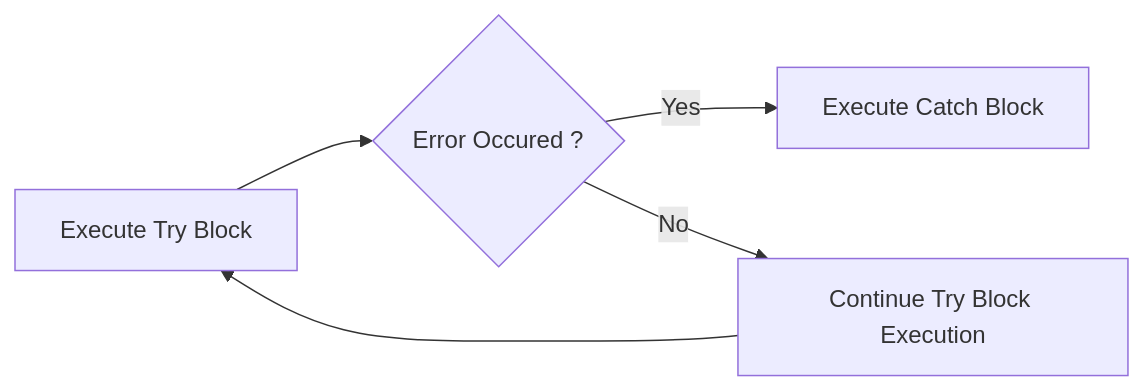
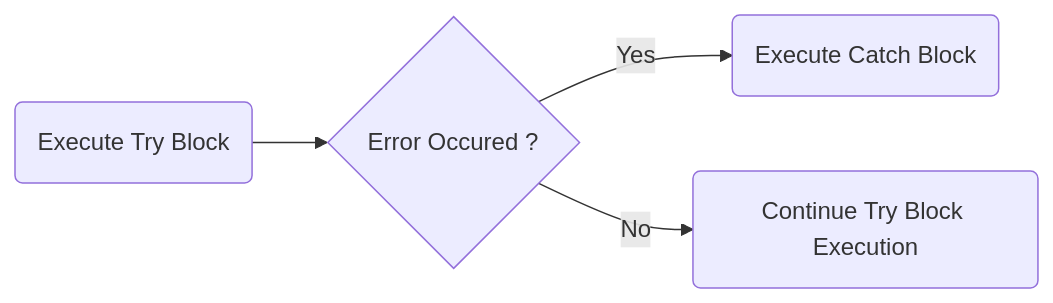
One commit to SynapsysIT/Powershell-Niv.2 changed the diagram in construire_son_code/error_handling.md. Above: the diagram before and after it, drawn with Mermaid.

````diff
--- a/construire_son_code/error_handling.md
+++ b/construire_son_code/error_handling.md
@@ -98,6 +98,6 @@
 ```mermaid
 graph LR
-    A[Execute Try Block] --> B{Error Occured ?}
-    B -->|Yes| D[Execute Catch Block]
-    B -->|No| E[Continue Try Block Execution] --> A
+    A(Execute Try Block) --> B{Error Occured ?}
+    B -->|Yes| D(Execute Catch Block)
+    B -->|No| E(Continue Try Block Execution) 
 ```
````
